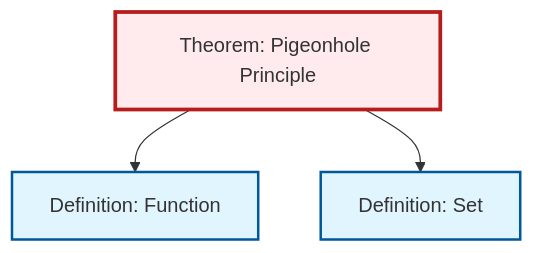
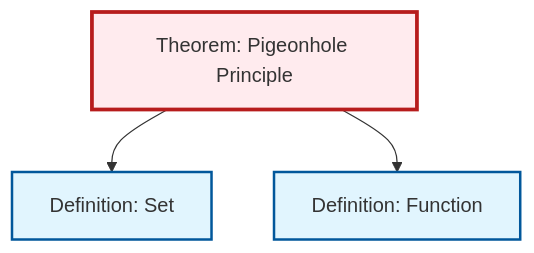
Before and after one commit to RK0429/ModernMath: the diagram in content/en/combinatorics/thm-pigeonhole-principle.qmd, drawn with Mermaid. The commit also changed other lines of this file and 654 other files, not shown here.

````diff
--- a/content/en/combinatorics/thm-pigeonhole-principle.qmd
+++ b/content/en/combinatorics/thm-pigeonhole-principle.qmd
@@ -64,17 +64,17 @@
 ```{mermaid}
 %%| fig-cap: "Local dependency graph"
 graph TD
     classDef definition fill:#e1f5fe,stroke:#01579b,stroke-width:2px
     classDef theorem fill:#f3e5f5,stroke:#4a148c,stroke-width:2px
     classDef axiom fill:#fff3e0,stroke:#e65100,stroke-width:2px
     classDef example fill:#e8f5e9,stroke:#1b5e20,stroke-width:2px
     classDef current fill:#ffebee,stroke:#b71c1c,stroke-width:3px
     def-function["Definition: Function"]:::definition
     thm-pigeonhole-principle["Theorem: Pigeonhole Principle"]:::theorem
     def-set["Definition: Set"]:::definition
+    thm-pigeonhole-principle --> def-set
     thm-pigeonhole-principle --> def-function
-    thm-pigeonhole-principle --> def-set
     class thm-pigeonhole-principle current
     click def-function "def-function.html" "Go to Function definition"
     click def-set "def-set.html" "Go to Set definition"
 ```
````
